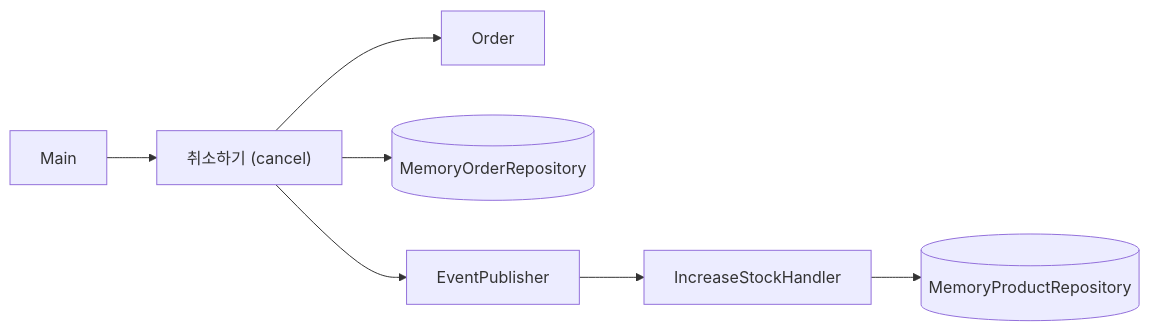
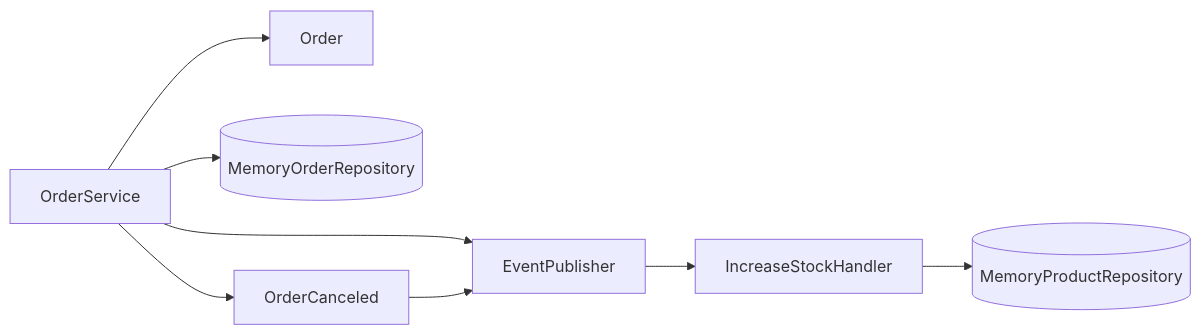
The sixth of 9 diagrams in .projectcode/wiki/scenarios.md (busan-bank-2026/ddd-example), drawn with Mermaid before and after one commit. The commit also changed other lines of this file and 5 other files, not shown here.

````diff
--- a/.projectcode/wiki/scenarios.md
+++ b/.projectcode/wiki/scenarios.md
@@ -109,9 +120,10 @@
 ```mermaid
 flowchart LR
-  A[Main] --> B["취소하기 (cancel)"]
-  B --> C[Order]
-  B --> D[(MemoryOrderRepository)]
-  B --> E[EventPublisher]
+  A[OrderService] --> B[Order]
+  A --> C[(MemoryOrderRepository)]
+  A --> D[OrderCanceled]
+  A --> E[EventPublisher]
+  D --> E
   E --> F[IncreaseStockHandler]
   F --> G[(MemoryProductRepository)]
 ```
````
